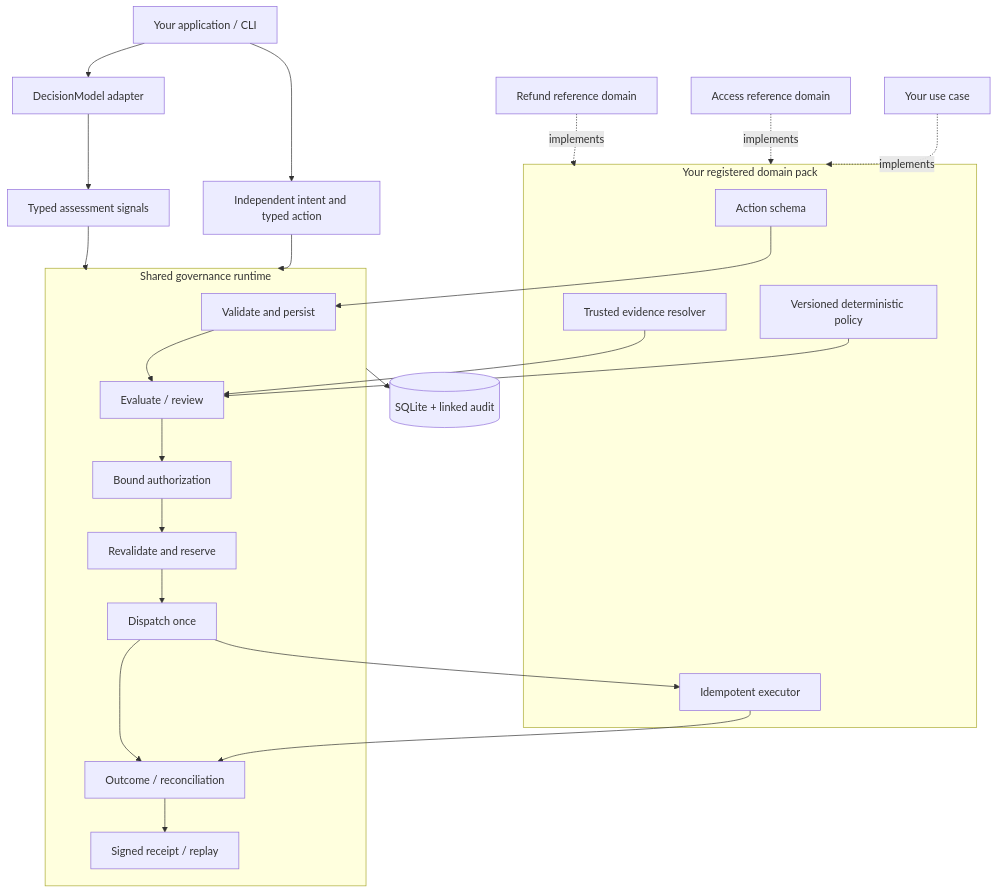
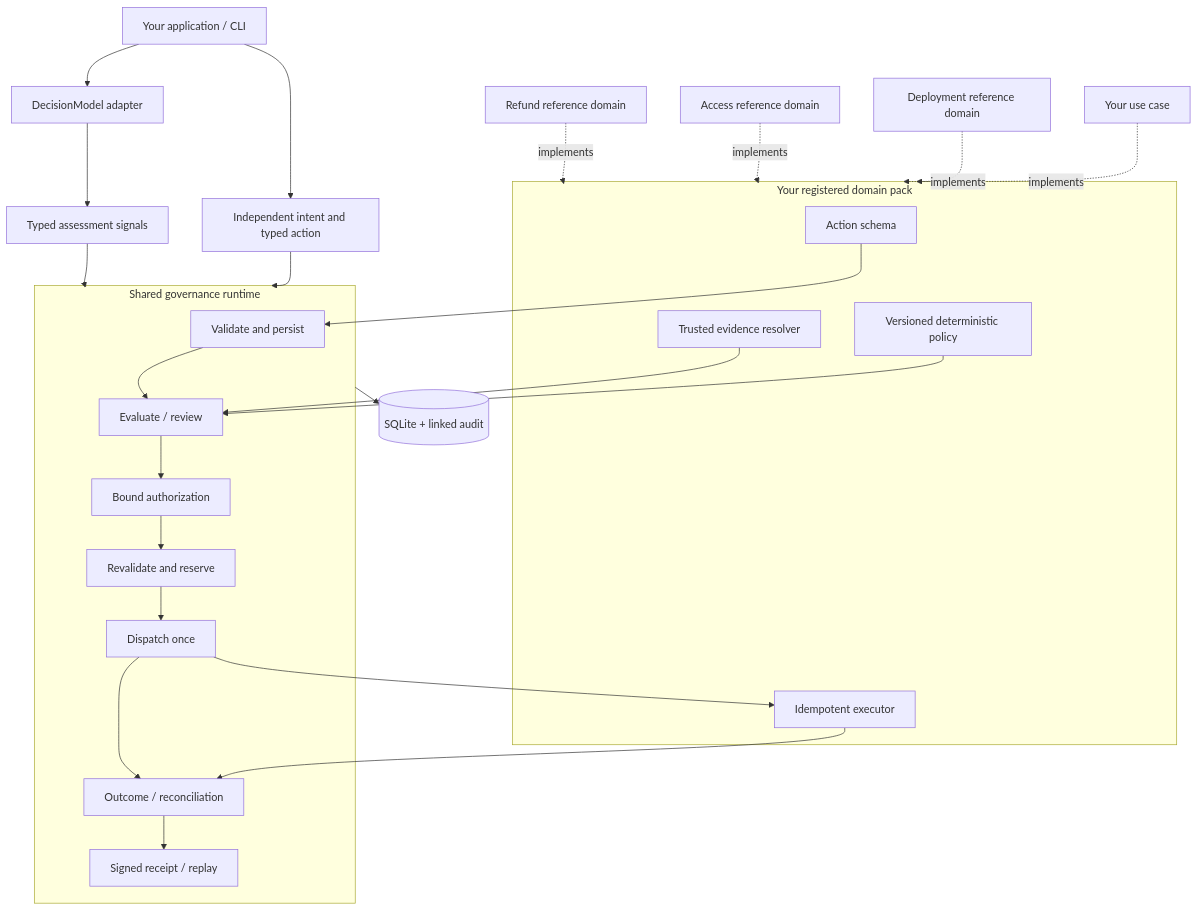
One commit to asadani/decision-firewall changed the diagram in docs/diagrams/framework.mmd. Above: the diagram before and after it, drawn with Mermaid. The commit also changed 11 other files, not shown here.

Commit message:
Improve framework diagram themes and add interactive walkthrough

```diff
--- a/docs/diagrams/framework.mmd
+++ b/docs/diagrams/framework.mmd
@@ -1,29 +1,31 @@
+%% Editable topology. Custom light/dark SVG and HTML layout: scripts/render-framework.mjs
 flowchart TB
     App[Your application / CLI] --> Model[DecisionModel adapter]
     Model --> Assessment[Typed assessment signals]
     App --> Proposal[Independent intent and typed action]
     Assessment --> Core
     Proposal --> Core
     subgraph Core[Shared governance runtime]
       Validate[Validate and persist] --> Evaluate[Evaluate / review]
       Evaluate --> Permit[Bound authorization]
       Permit --> Reserve[Revalidate and reserve]
       Reserve --> Dispatch[Dispatch once]
       Dispatch --> Reconcile[Outcome / reconciliation]
       Reconcile --> Receipt[Signed receipt / replay]
     end
     subgraph Pack[Your registered domain pack]
       Schema[Action schema]
       Evidence[Trusted evidence resolver]
       Policy[Versioned deterministic policy]
       Executor[Idempotent executor]
     end
     Schema --> Validate
     Evidence --> Evaluate
     Policy --> Evaluate
     Dispatch --> Executor
     Executor --> Reconcile
     Core --> DB[(SQLite + linked audit)]
     Refunds[Refund reference domain] -. implements .-> Pack
     Access[Access reference domain] -. implements .-> Pack
+    Deployment[Deployment reference domain] -. implements .-> Pack
     Custom[Your use case] -. implements .-> Pack
```
